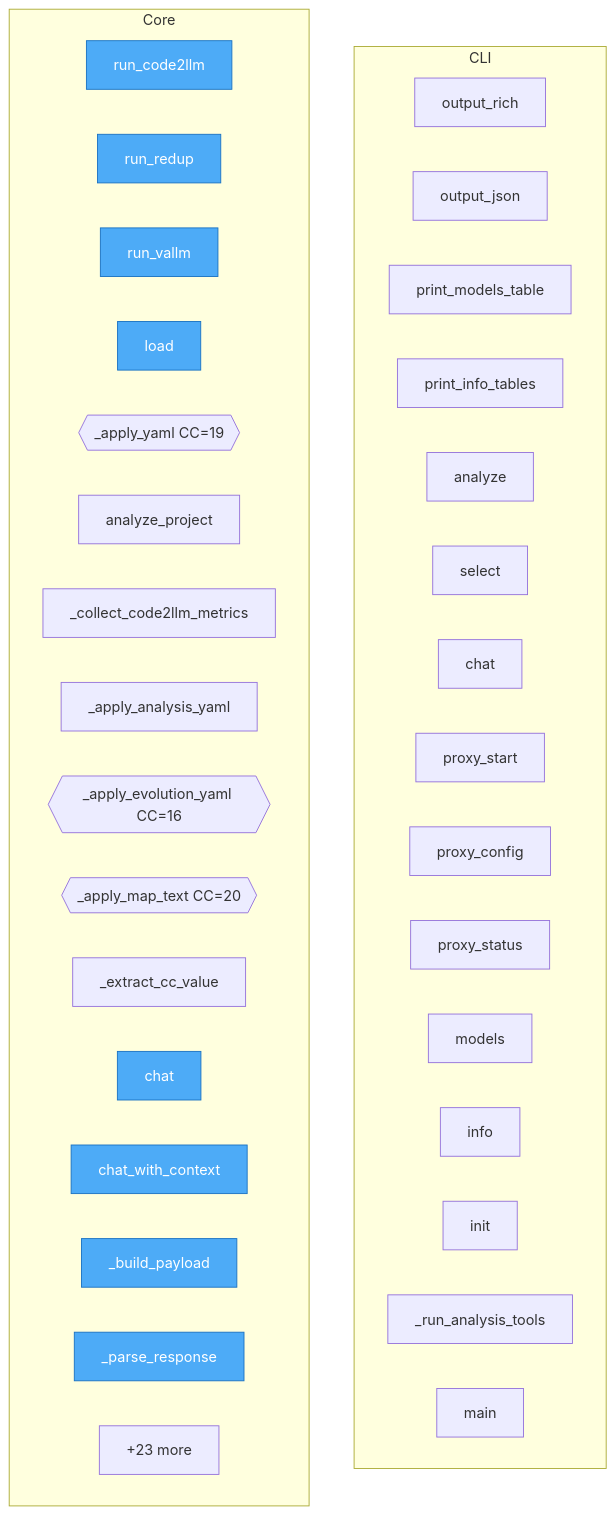
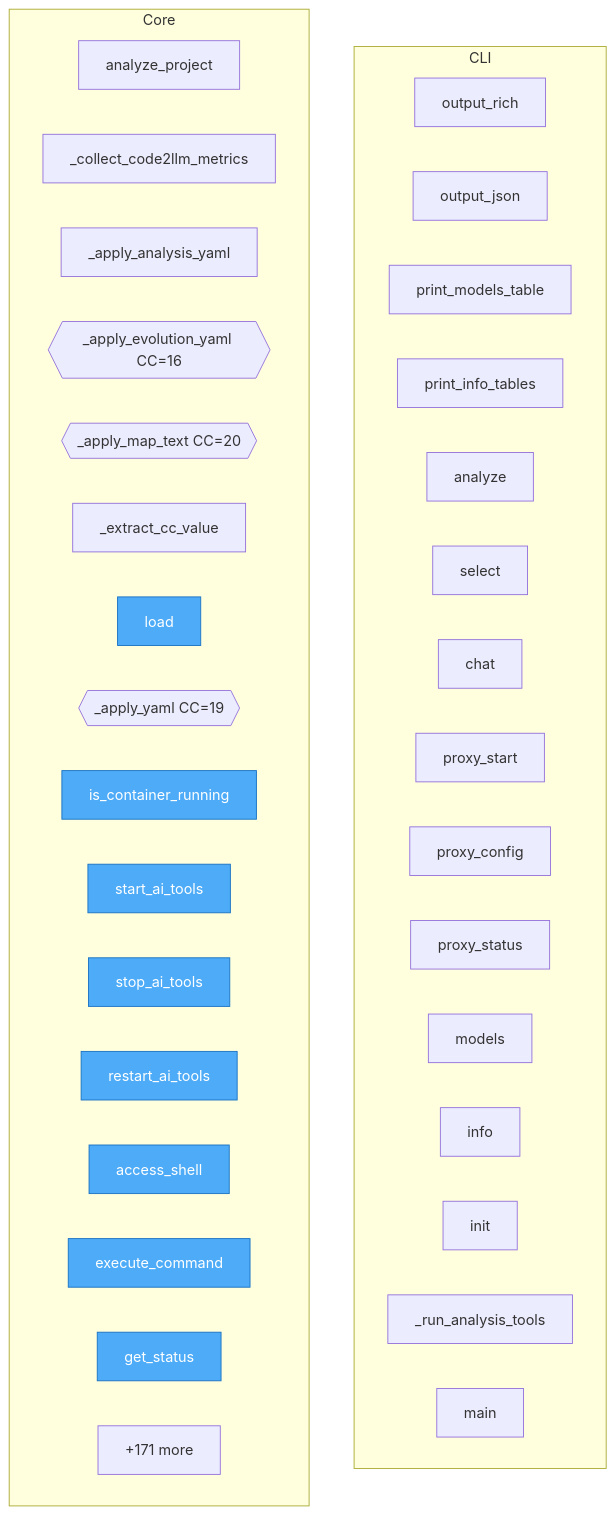
One commit to semcod/llx changed the diagram in project/flow.mmd. Above: the diagram before and after it, drawn with Mermaid. The commit also changed 39 other files, not shown here.

```diff
--- a/project/flow.mmd
+++ b/project/flow.mmd
@@ -1,43 +1,43 @@
 flowchart TD
 
     %% Entry points (blue)
     classDef entry fill:#4dabf7,stroke:#1971c2,color:#fff
 
     subgraph CLI
         llx__cli__formatters__output_rich["output_rich"]
         llx__cli__formatters__output_json["output_json"]
         llx__cli__formatters__print_models_table["print_models_table"]
         llx__cli__formatters__print_info_tables["print_info_tables"]
         llx__cli__app__analyze["analyze"]
         llx__cli__app__select["select"]
         llx__cli__app__chat["chat"]
         llx__cli__app__proxy_start["proxy_start"]
         llx__cli__app__proxy_config["proxy_config"]
         llx__cli__app__proxy_status["proxy_status"]
         llx__cli__app__models["models"]
         llx__cli__app__info["info"]
         llx__cli__app__init["init"]
         llx__cli__app___run_analysis_tools["_run_analysis_tools"]
         llx__cli__app__main["main"]
     end
 
     subgraph Core
-        llx__analysis__runner__run_code2llm["run_code2llm"]
-        llx__analysis__runner__run_redup["run_redup"]
-        llx__analysis__runner__run_vallm["run_vallm"]
-        llx__config__LlxConfig__load["load"]
-        llx__config___apply_yaml{{_apply_yaml CC=19}}
         llx__analysis__collector__analyze_project["analyze_project"]
         llx__analysis__collector___collect_code2llm_metrics["_collect_code2llm_metrics"]
         llx__analysis__collector___apply_analysis_yaml["_apply_analysis_yaml"]
         llx__analysis__collector___apply_evolution_yaml{{_apply_evolution_yaml CC=16}}
         llx__analysis__collector___apply_map_text{{_apply_map_text CC=20}}
         llx__analysis__collector___extract_cc_value["_extract_cc_value"]
-        llx__routing__client__LlxClient__chat["chat"]
-        llx__routing__client__LlxClient__chat_with_context["chat_with_context"]
-        llx__routing__client__LlxClient___build_payload["_build_payload"]
-        llx__routing__client__LlxClient___parse_response["_parse_response"]
-        ...["+23 more"]
+        llx__config__LlxConfig__load["load"]
+        llx__config___apply_yaml{{_apply_yaml CC=19}}
+        llx__AIToolsManager__is_container_running["is_container_running"]
+        llx__tools__ai_tools_manager__AIToolsManager__start_ai_tools["start_ai_tools"]
+        llx__tools__ai_tools_manager__AIToolsManager__stop_ai_tools["stop_ai_tools"]
+        llx__AIToolsManager__restart_ai_tools["restart_ai_tools"]
+        llx__tools__ai_tools_manager__AIToolsManager__access_shell["access_shell"]
+        llx__AIToolsManager__execute_command["execute_command"]
+        llx__tools__ai_tools_manager__AIToolsManager__get_status["get_status"]
+        ...["+171 more"]
     end
 
-    class llx__analysis__runner__run_code2llm,llx__analysis__runner__run_redup,llx__analysis__runner__run_vallm,llx__config__LlxConfig__load,llx__routing__client__LlxClient__chat,llx__routing__client__LlxClient__chat_with_context,llx__routing__client__LlxClient___build_payload,llx__routing__client__LlxClient___parse_response,llx__routing__client__LlxClient___fallback_direct,llx__routing__client__LlxClient__close entry
+    class llx__config__LlxConfig__load,llx__AIToolsManager__is_container_running,llx__tools__ai_tools_manager__AIToolsManager__start_ai_tools,llx__tools__ai_tools_manager__AIToolsManager__stop_ai_tools,llx__AIToolsManager__restart_ai_tools,llx__tools__ai_tools_manager__AIToolsManager__access_shell,llx__AIToolsManager__execute_command,llx__tools__ai_tools_manager__AIToolsManager__get_status,llx__AIToolsManager__test_connectivity,llx__tools__ai_tools_manager__AIToolsManager__run_chat_test entry
```
